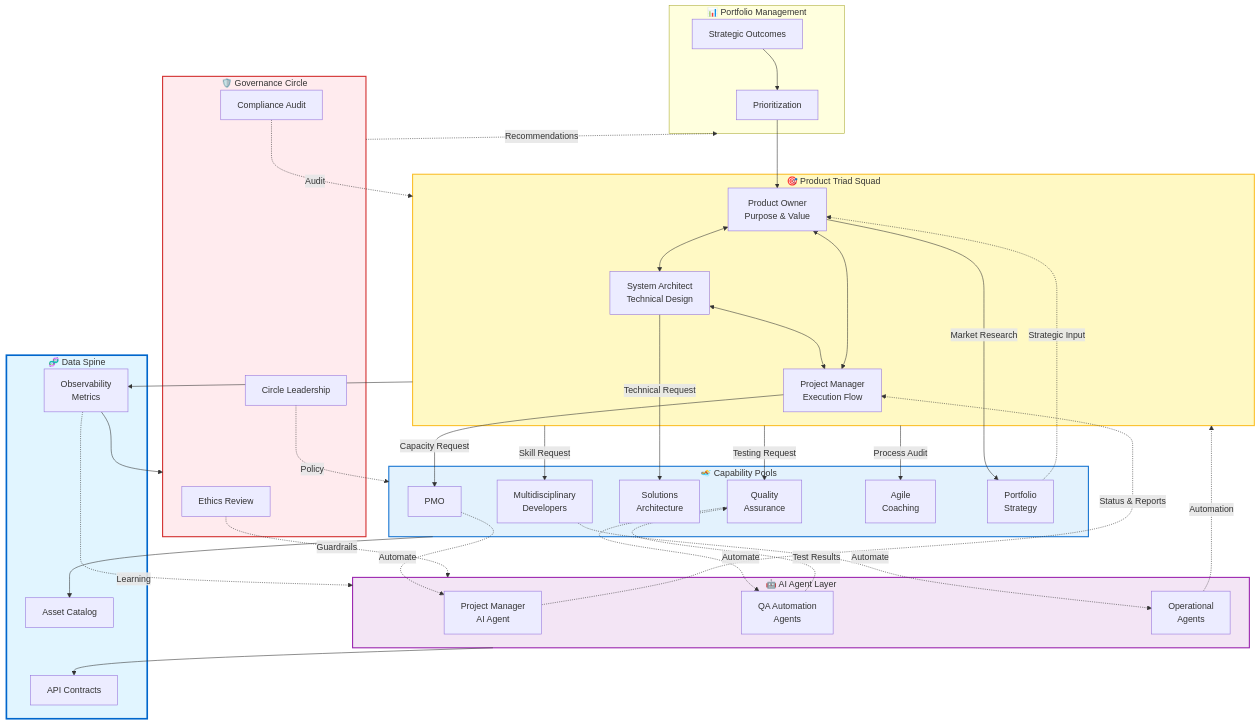
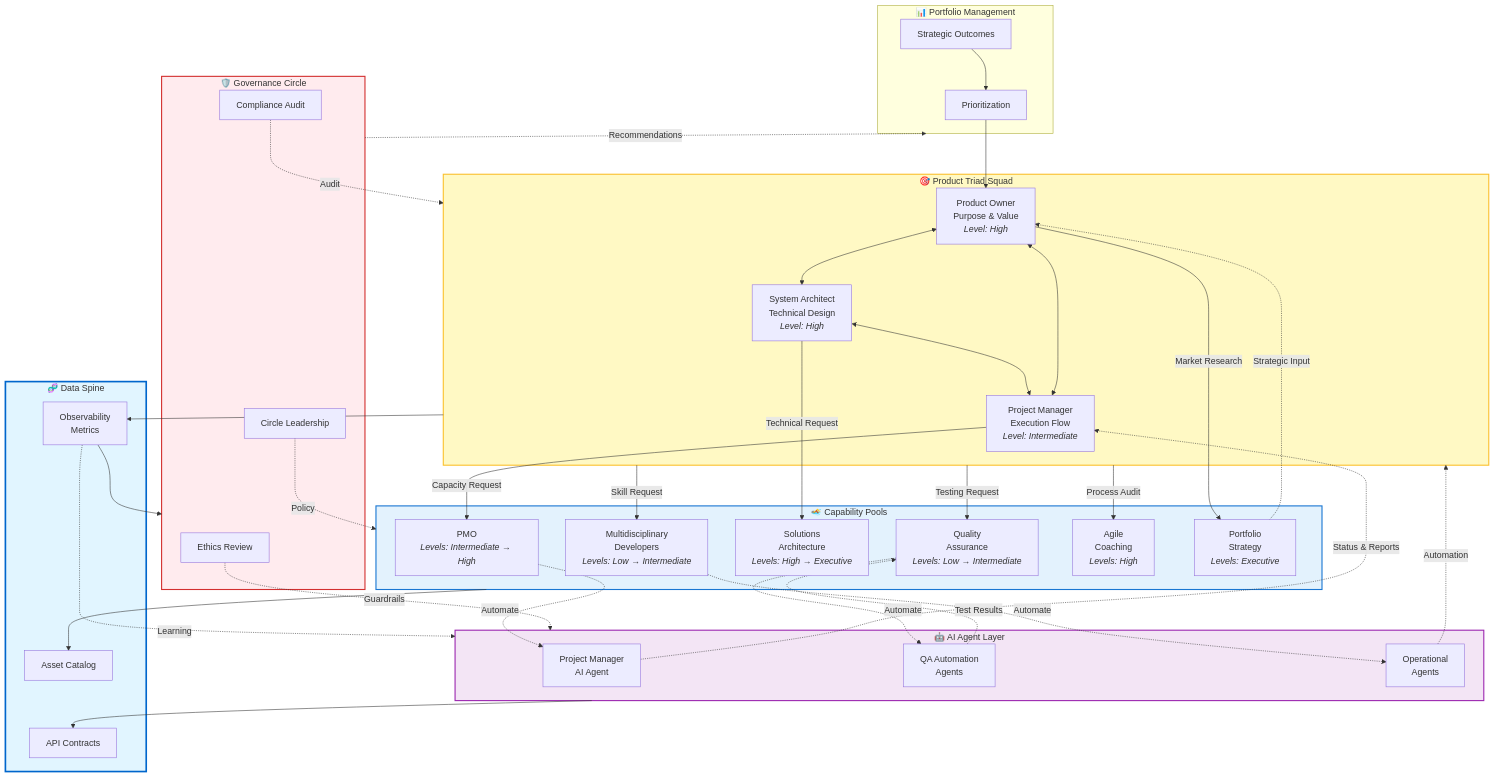
The diagram in DIAGRAMS/organizational-flow.mmd (gusafr/midora-solid-ai), drawn with Mermaid before and after one commit. The commit also changed 119 other files, not shown here.

```diff
--- a/DIAGRAMS/organizational-flow.mmd
+++ b/DIAGRAMS/organizational-flow.mmd
@@ -6,18 +6,18 @@
     end
 
     subgraph Squad["🎯 Product Triad Squad"]
-        PO[Product Owner<br/>Purpose & Value]
-        SA[System Architect<br/>Technical Design]
-        PM[Project Manager<br/>Execution Flow]
+        PO[Product Owner<br/>Purpose & Value<br/><i>Level: High</i>]
+        SA[System Architect<br/>Technical Design<br/><i>Level: High</i>]
+        PM[Project Manager<br/>Execution Flow<br/><i>Level: Intermediate</i>]
     end
 
     subgraph Pools["🏊 Capability Pools"]
-        DevPool[Multidisciplinary<br/>Developers]
-        QAPool[Quality<br/>Assurance]
-        ArchPool[Solutions<br/>Architecture]
-        PMOPool[PMO]
-        CoachPool[Agile<br/>Coaching]
-        PortPool[Portfolio<br/>Strategy]
+        DevPool[Multidisciplinary<br/>Developers<br/><i>Levels: Low → Intermediate</i>]
+        QAPool[Quality<br/>Assurance<br/><i>Levels: Low → Intermediate</i>]
+        ArchPool[Solutions<br/>Architecture<br/><i>Levels: High → Executive</i>]
+        PMOPool[PMO<br/><i>Levels: Intermediate → High</i>]
+        CoachPool[Agile<br/>Coaching<br/><i>Levels: High</i>]
+        PortPool[Portfolio<br/>Strategy<br/><i>Levels: Executive</i>]
     end
 
     subgraph Cognitive["🤖 AI Agent Layer"]
```
